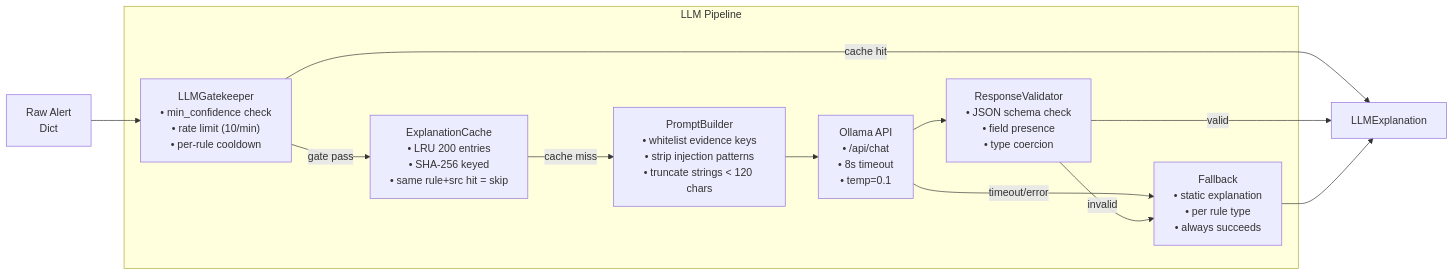
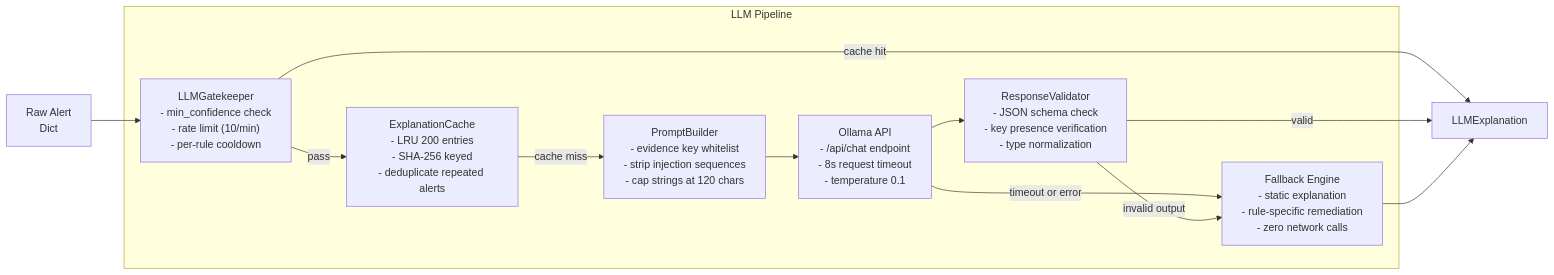
The fourth of 9 diagrams in README.md (prithvi-01x/Netwatch), drawn with Mermaid before and after one commit. The commit also changed other lines of this file, not shown here.

Commit message:
docs: clarify ollama integration and offline fallback behavior

````diff
--- a/README.md
+++ b/README.md
@@ -628,24 +628,24 @@
 ```mermaid
 flowchart LR
     A["Raw Alert\nDict"] --> G
 
     subgraph LLM_PIPELINE["LLM Pipeline"]
-        G["LLMGatekeeper\n• min_confidence check\n• rate limit (10/min)\n• per-rule cooldown"]
-        C["ExplanationCache\n• LRU 200 entries\n• SHA-256 keyed\n• same rule+src hit = skip"]
-        P["PromptBuilder\n• whitelist evidence keys\n• strip injection patterns\n• truncate strings < 120 chars"]
-        O["Ollama API\n• /api/chat\n• 8s timeout\n• temp=0.1"]
-        V["ResponseValidator\n• JSON schema check\n• field presence\n• type coercion"]
-        F["Fallback\n• static explanation\n• per rule type\n• always succeeds"]
+        G["LLMGatekeeper\n- min_confidence check\n- rate limit (10/min)\n- per-rule cooldown"]
+        C["ExplanationCache\n- LRU 200 entries\n- SHA-256 keyed\n- deduplicate repeated alerts"]
+        P["PromptBuilder\n- evidence key whitelist\n- strip injection sequences\n- cap strings at 120 chars"]
+        O["Ollama API\n- /api/chat endpoint\n- 8s request timeout\n- temperature 0.1"]
+        V["ResponseValidator\n- JSON schema check\n- key presence verification\n- type normalization"]
+        F["Fallback Engine\n- static explanation\n- rule-specific remediation\n- zero network calls"]
 
-        G -->|gate pass| C
+        G -->|pass| C
         C -->|cache miss| P
         P --> O
         O --> V
-        O -->|timeout/error| F
-        V -->|invalid| F
+        O -->|timeout or error| F
+        V -->|invalid output| F
     end
 
     G -->|cache hit| R["LLMExplanation"]
     V -->|valid| R
     F --> R
 ```
````
